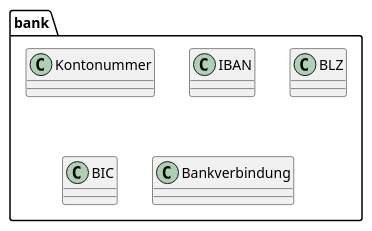
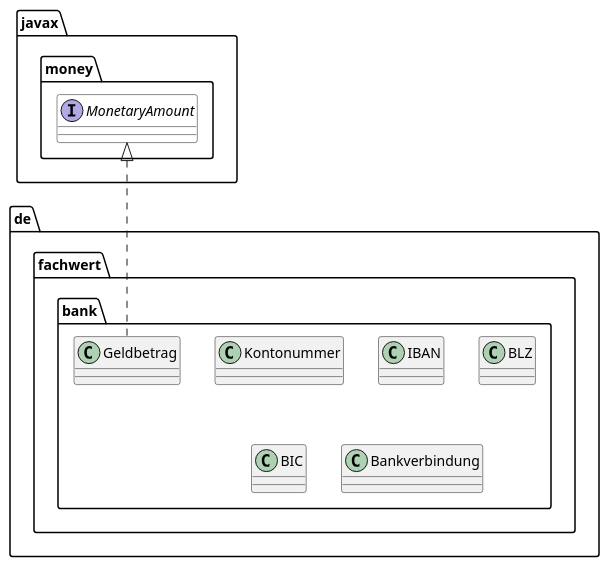
The diagram in src/main/asciidoc/images/package-bank.puml (oboehm/jfachwert), drawn with PlantUML before and after one commit. The commit also changed 4 other files, not shown here.

```diff
--- a/src/main/asciidoc/images/package-bank.puml
+++ b/src/main/asciidoc/images/package-bank.puml
@@ -1,13 +1,18 @@
 @startuml
 
-package "bank" {
+package "de.fachwert.bank" {
 
     class Kontonummer
     class IBAN
     class BLZ
     class BIC
     class Bankverbindung
+    class Geldbetrag
 
 }
 
+interface javax.money.MonetaryAmount #white
+
+javax.money.MonetaryAmount <|.. Geldbetrag
+
 @enduml
```
